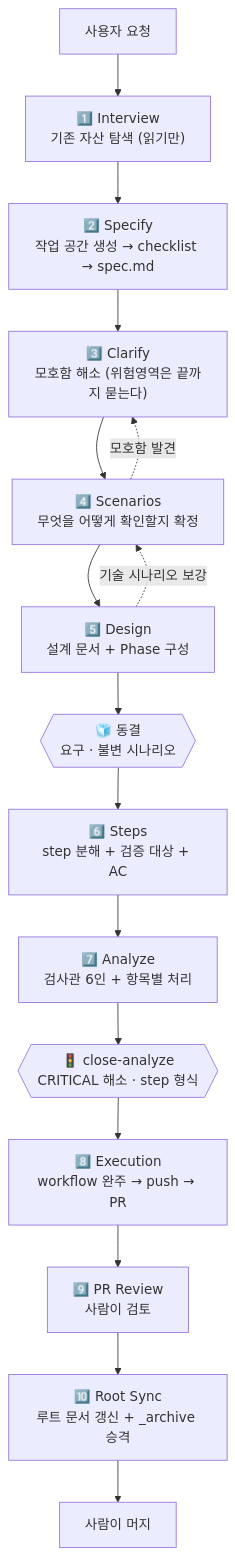
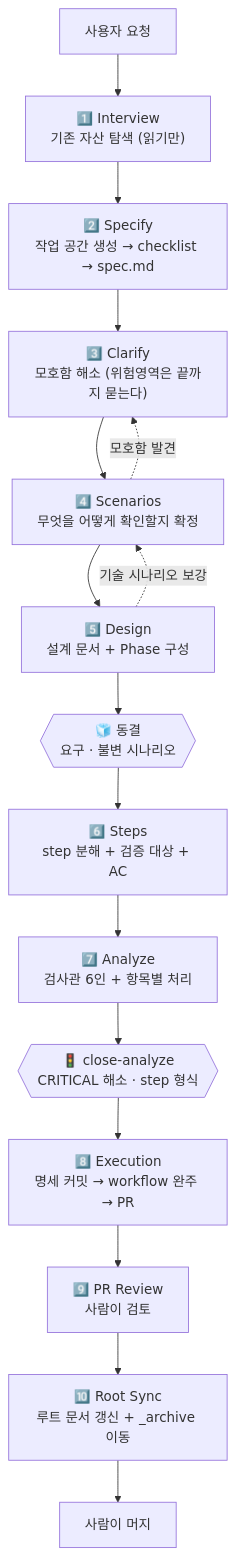
The first of 4 diagrams in README.md (KimYeonWook511/spec-harness-plugin), drawn with Mermaid before and after one commit. The commit also changed other lines of this file and 2 other files, not shown here.

````diff
--- a/README.md
+++ b/README.md
@@ -25,19 +25,19 @@
 ```mermaid
 flowchart TD
     A["사용자 요청"] --> S1["1️⃣ Interview<br>기존 자산 탐색 (읽기만)"]
     S1 --> S2["2️⃣ Specify<br>작업 공간 생성 → checklist → spec.md"]
     S2 --> S3["3️⃣ Clarify<br>모호함 해소 (위험영역은 끝까지 묻는다)"]
     S3 --> S4["4️⃣ Scenarios<br>무엇을 어떻게 확인할지 확정"]
     S4 --> S5["5️⃣ Design<br>설계 문서 + Phase 구성"]
     S5 --> FZ{{"🧊 동결<br>요구 · 불변 시나리오"}}
     FZ --> S6["6️⃣ Steps<br>step 분해 + 검증 대상 + AC"]
     S6 --> S7["7️⃣ Analyze<br>검사관 6인 + 항목별 처리"]
     S7 --> CA{{"🚦 close-analyze<br>CRITICAL 해소 · step 형식"}}
-    CA --> S8["8️⃣ Execution<br>workflow 완주 → push → PR"]
+    CA --> S8["8️⃣ Execution<br>명세 커밋 → workflow 완주 → PR"]
     S8 --> S9["9️⃣ PR Review<br>사람이 검토"]
-    S9 --> S10["🔟 Root Sync<br>루트 문서 갱신 + _archive 승격"]
+    S9 --> S10["🔟 Root Sync<br>루트 문서 갱신 + _archive 이동"]
     S10 --> M["사람이 머지"]
 
     S4 -.모호함 발견.-> S3
     S5 -.기술 시나리오 보강.-> S4
 ```
````
